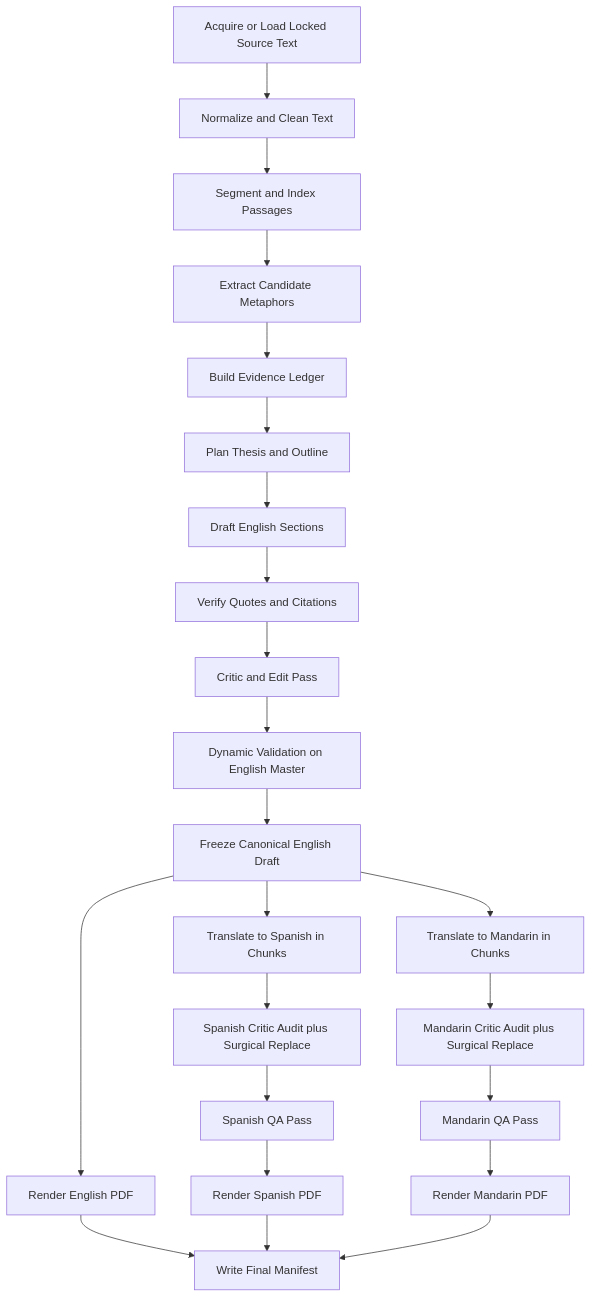
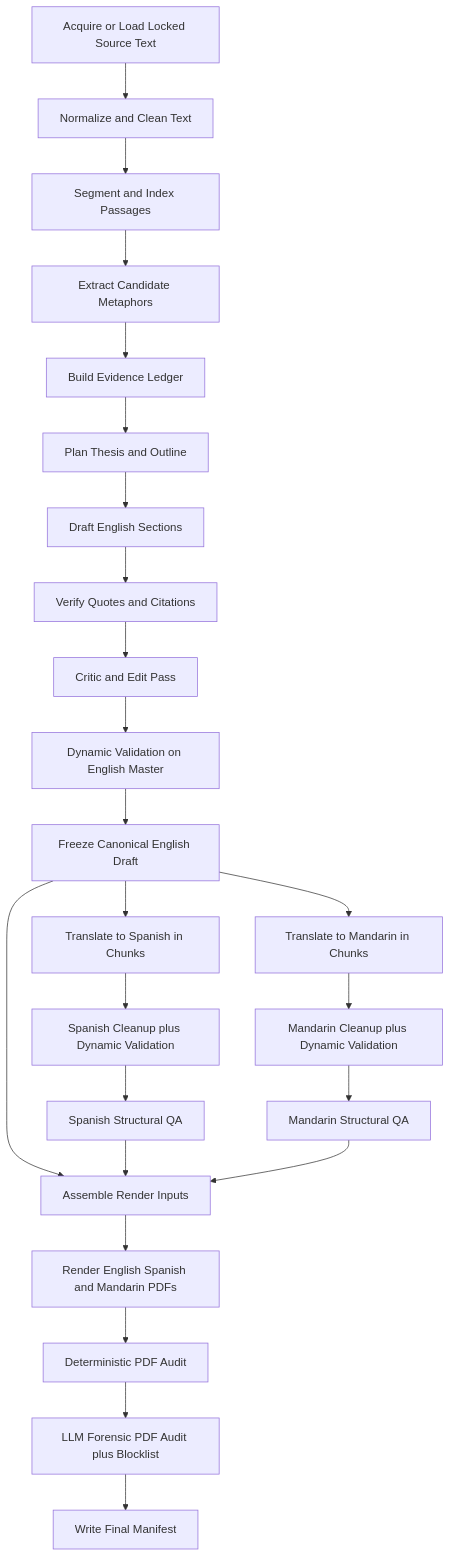
One commit to AaronNHorvitz/Agent-Gatsby changed the diagram in README.md. Above: the diagram before and after it, drawn with Mermaid. The commit also changed other lines of this file, not shown here.

Commit message:
docs: update architecture diagram for audit gates

````diff
--- a/README.md
+++ b/README.md
@@ -178,25 +178,26 @@
 ```mermaid
 flowchart TD
     A[Acquire or Load Locked Source Text] --> B[Normalize and Clean Text]
     B --> C[Segment and Index Passages]
     C --> D[Extract Candidate Metaphors]
     D --> E[Build Evidence Ledger]
     E --> F[Plan Thesis and Outline]
     F --> G[Draft English Sections]
     G --> H[Verify Quotes and Citations]
     H --> I[Critic and Edit Pass]
     I --> J[Dynamic Validation on English Master]
     J --> K[Freeze Canonical English Draft]
-    K --> O[Render English PDF]
     K --> L[Translate to Spanish in Chunks]
     K --> M[Translate to Mandarin in Chunks]
-    L --> N[Spanish Critic Audit plus Surgical Replace]
-    M --> P[Mandarin Critic Audit plus Surgical Replace]
-    N --> Q[Spanish QA Pass]
-    P --> R[Mandarin QA Pass]
-    Q --> S[Render Spanish PDF]
-    R --> T[Render Mandarin PDF]
-    O --> U[Write Final Manifest]
-    S --> U
-    T --> U
+    L --> N[Spanish Cleanup plus Dynamic Validation]
+    M --> P[Mandarin Cleanup plus Dynamic Validation]
+    N --> Q[Spanish Structural QA]
+    P --> R[Mandarin Structural QA]
+    K --> S[Assemble Render Inputs]
+    Q --> S
+    R --> S
+    S --> T[Render English Spanish and Mandarin PDFs]
+    T --> U[Deterministic PDF Audit]
+    U --> V[LLM Forensic PDF Audit plus Blocklist]
+    V --> W[Write Final Manifest]
 ```
````
